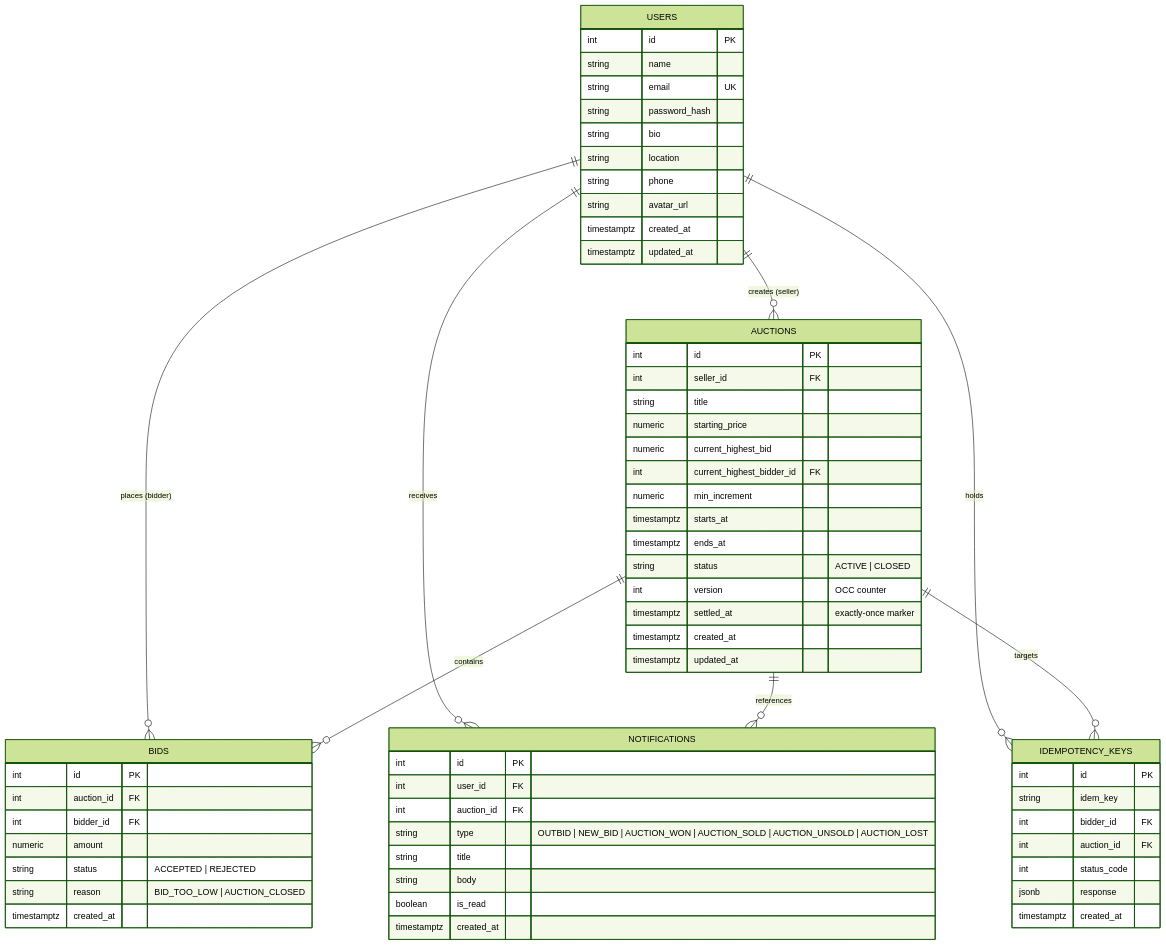
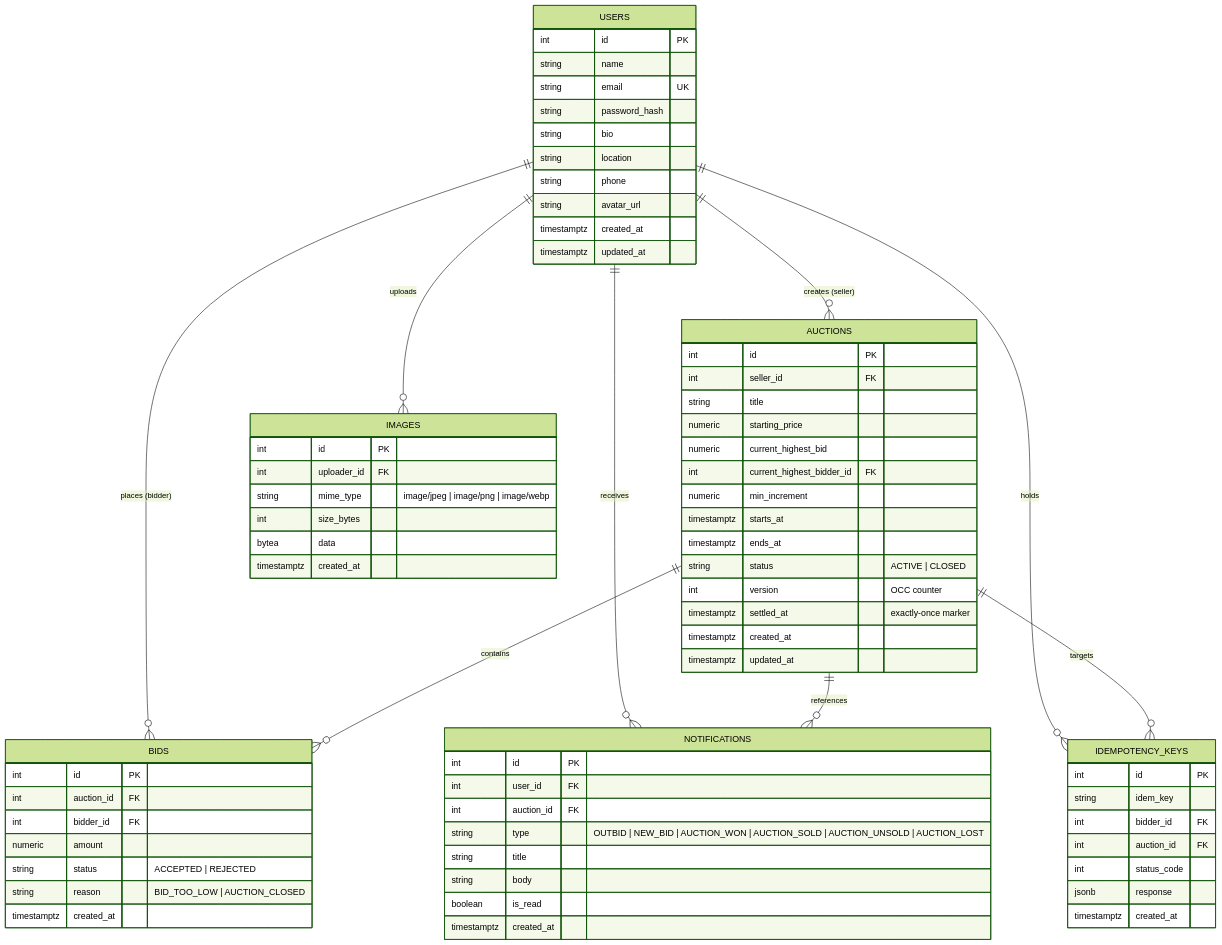
The third of 3 diagrams in README.md (tanmay-madan/bidzone-auction-platform), drawn with Mermaid (forest theme) before and after one commit. The commit also changed other lines of this file and 11 other files, not shown here.

````diff
--- a/README.md
+++ b/README.md
@@ -185,71 +186,81 @@
 ```mermaid
 erDiagram
     USERS ||--o{ AUCTIONS : "creates (seller)"
     USERS ||--o{ BIDS : "places (bidder)"
     AUCTIONS ||--o{ BIDS : "contains"
     USERS ||--o{ NOTIFICATIONS : "receives"
     AUCTIONS ||--o{ NOTIFICATIONS : "references"
     USERS ||--o{ IDEMPOTENCY_KEYS : "holds"
     AUCTIONS ||--o{ IDEMPOTENCY_KEYS : "targets"
+    USERS ||--o{ IMAGES : "uploads"
 
     USERS {
         int id PK
         string name
         string email UK
         string password_hash
         string bio
         string location
         string phone
         string avatar_url
         timestamptz created_at
         timestamptz updated_at
     }
 
     AUCTIONS {
         int id PK
         int seller_id FK
         string title
         numeric starting_price
         numeric current_highest_bid
         int current_highest_bidder_id FK
         numeric min_increment
         timestamptz starts_at
         timestamptz ends_at
         string status "ACTIVE | CLOSED"
         int version "OCC counter"
         timestamptz settled_at "exactly-once marker"
         timestamptz created_at
         timestamptz updated_at
     }
 
     BIDS {
         int id PK
         int auction_id FK
         int bidder_id FK
         numeric amount
         string status "ACCEPTED | REJECTED"
         string reason "BID_TOO_LOW | AUCTION_CLOSED"
         timestamptz created_at
     }
 
     NOTIFICATIONS {
         int id PK
         int user_id FK
         int auction_id FK
         string type "OUTBID | NEW_BID | AUCTION_WON | AUCTION_SOLD | AUCTION_UNSOLD | AUCTION_LOST"
         string title
         string body
         boolean is_read
         timestamptz created_at
     }
 
     IDEMPOTENCY_KEYS {
         int id PK
         string idem_key
         int bidder_id FK
         int auction_id FK
         int status_code
         jsonb response
         timestamptz created_at
     }
+
+    IMAGES {
+        int id PK
+        int uploader_id FK
+        string mime_type "image/jpeg | image/png | image/webp"
+        int size_bytes
+        bytea data
+        timestamptz created_at
+    }
 ```
````
